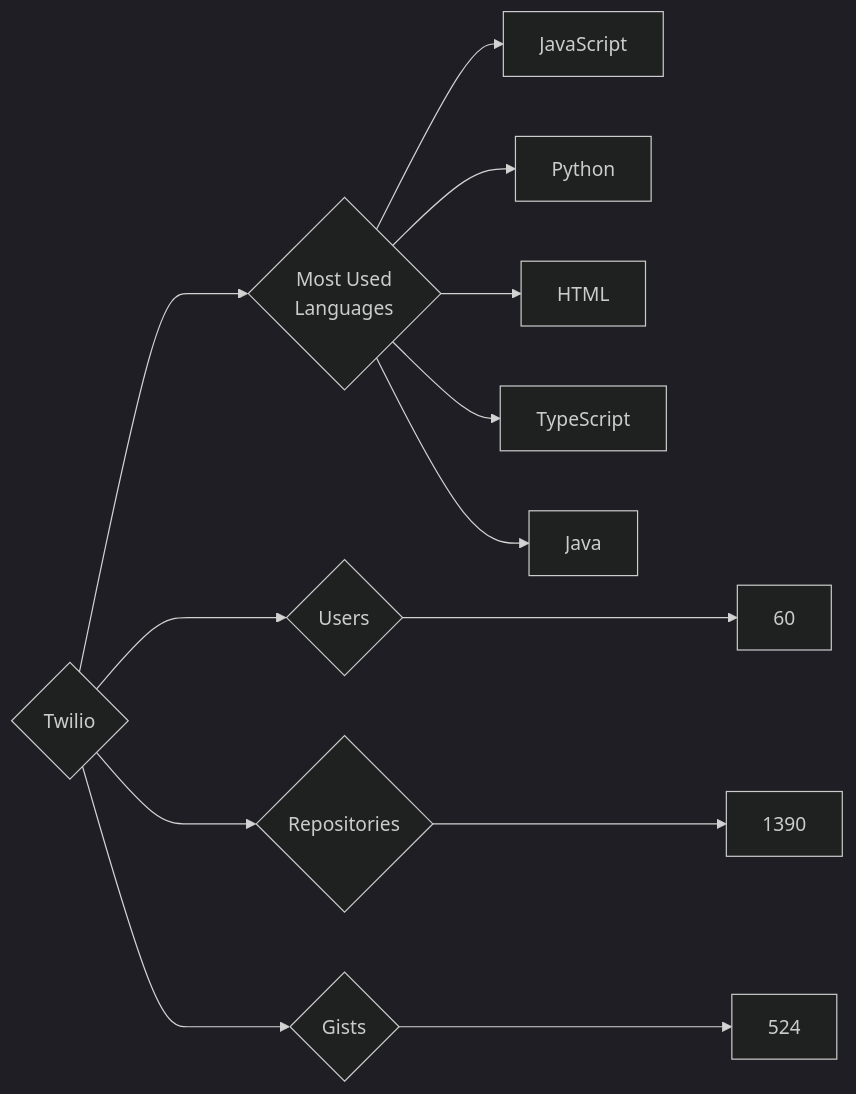
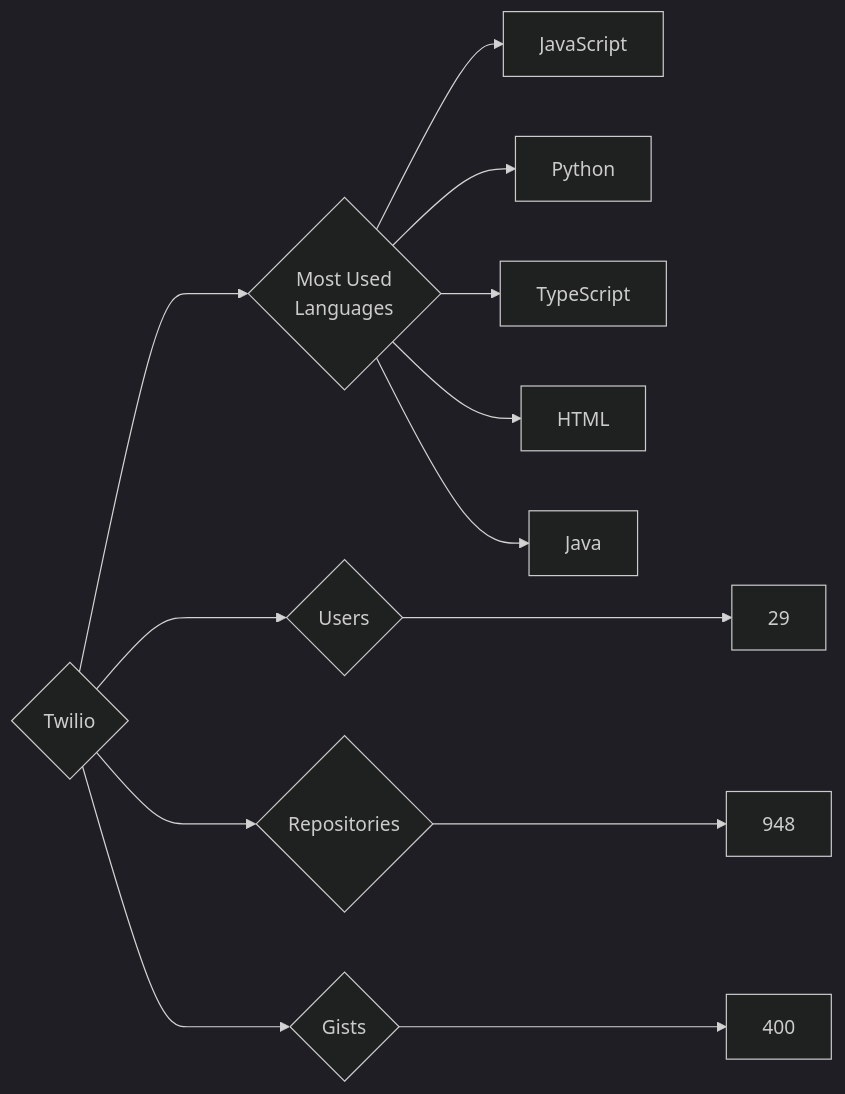
The diagram in targets/Twilio/README.md (trickest/insiders), drawn with Mermaid (dark theme) before and after one commit. The commit also changed 969 other files, not shown here.

````diff
--- a/targets/Twilio/README.md
+++ b/targets/Twilio/README.md
@@ -3,13 +3,13 @@
 ```mermaid
 graph LR
 COMPANY_NAME{Twilio}
-COMPANY_NAME ---> U{Users} ---> UN[60]
-COMPANY_NAME ---> R{Repositories} ---> RN[1390]
-COMPANY_NAME ---> G{Gists} ---> GN[524]
+COMPANY_NAME ---> U{Users} ---> UN[29]
+COMPANY_NAME ---> R{Repositories} ---> RN[948]
+COMPANY_NAME ---> G{Gists} ---> GN[400]
 COMPANY_NAME ---> ML{Most Used<br>Languages}
 ML --> JavaScript[JavaScript]
 ML --> Python[Python]
+ML --> TypeScript[TypeScript]
 ML --> HTML[HTML]
-ML --> TypeScript[TypeScript]
 ML --> Java[Java]
 ```
````
